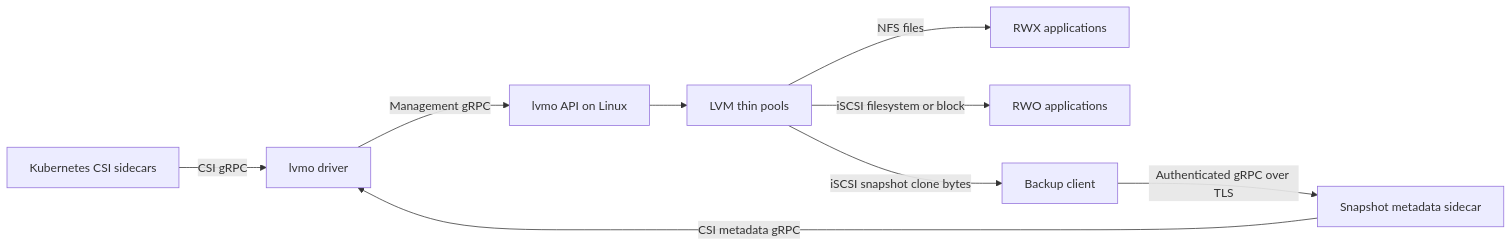
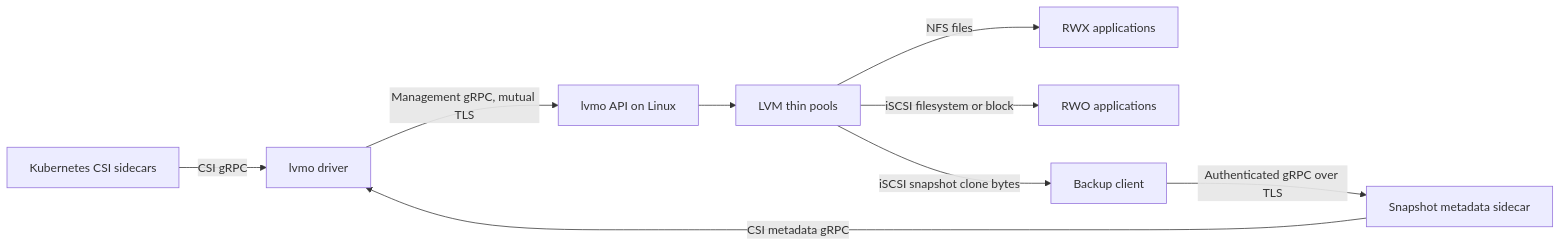
One commit to michaelcourcy/lvmo-csi changed the first of 2 diagrams in README.md. Above: the diagram before and after it, drawn with Mermaid. The commit also changed other lines of this file and 2 other files, not shown here.

Commit message:
Document that a storage server serves one driver installation
lvmo is one driver to many storage servers. State it in the architecture, the
storage server guide and the pod storage server doc, with the reasons two
clusters must not share a server: certificate trust, fencing by node name, and
volume listing.

````diff
--- a/README.md
+++ b/README.md
@@ -85,11 +85,11 @@
 ```mermaid
 flowchart LR
     K[Kubernetes CSI sidecars] -->|CSI gRPC| D[lvmo driver]
-    D -->|Management gRPC| A[lvmo API on Linux]
+    D -->|Management gRPC, mutual TLS| A[lvmo API on Linux]
     A --> L[LVM thin pools]
     L -->|NFS files| W[RWX applications]
     L -->|iSCSI filesystem or block| R[RWO applications]
     B[Backup client] -->|Authenticated gRPC over TLS| M[Snapshot metadata sidecar]
     M -->|CSI metadata gRPC| D
     L -->|iSCSI snapshot clone bytes| B
 ```
````
